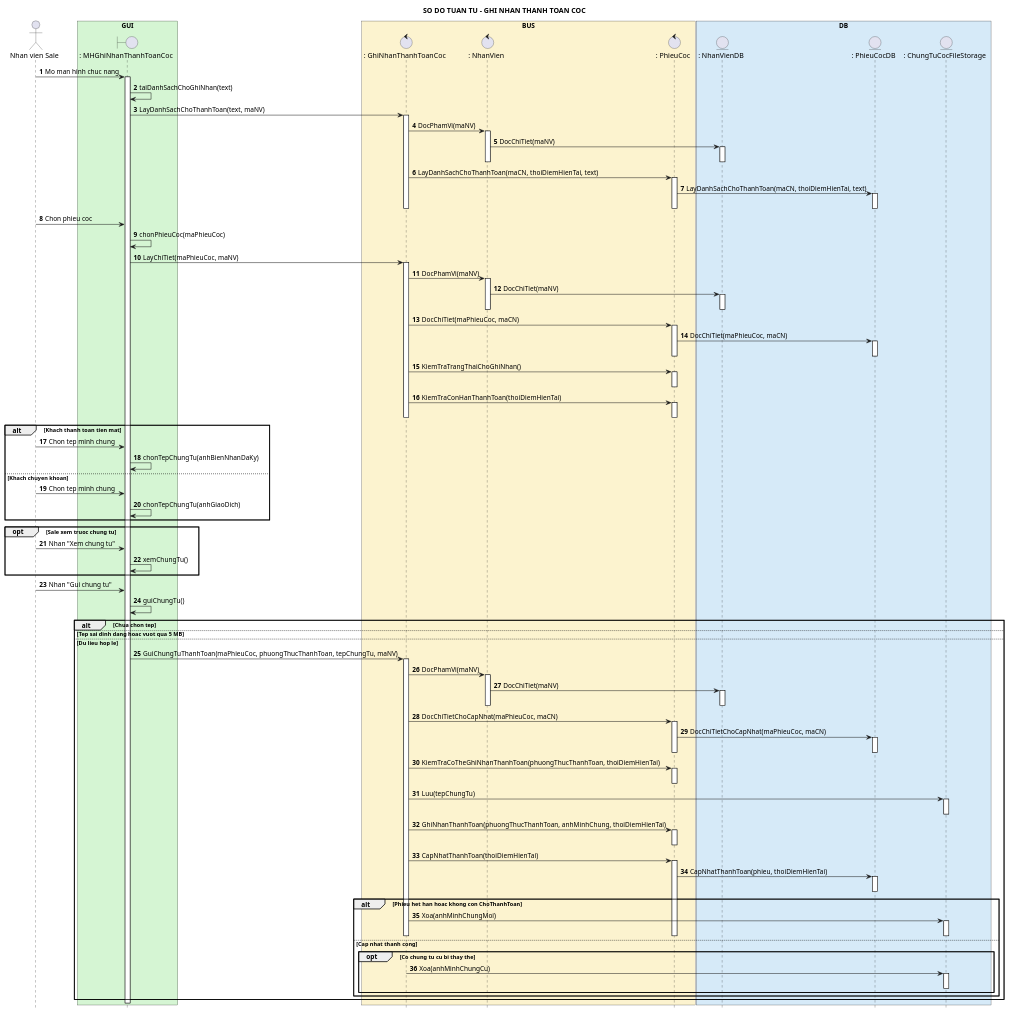
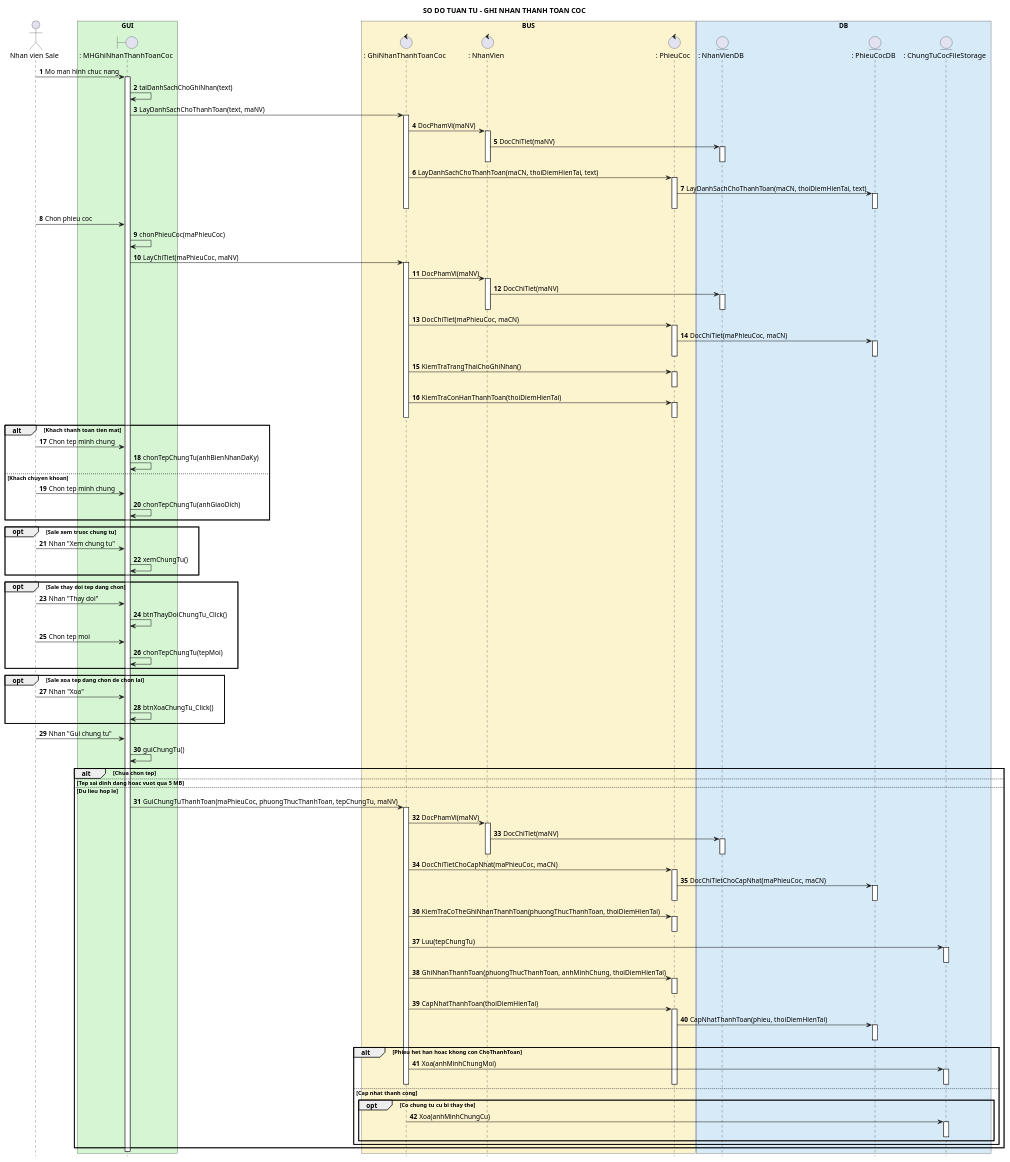
Before and after one commit to Ming1309/HomeStay-Dorm: the diagram in docs/uml/ghi-nhan-thanh-toan-coc-sequence.puml, drawn with PlantUML. The commit also changed 31 other files, not shown here.

Commit message:
docs(uml): add deposit control checks and validate sequence parameter arities

```diff
--- a/docs/uml/ghi-nhan-thanh-toan-coc-sequence.puml
+++ b/docs/uml/ghi-nhan-thanh-toan-coc-sequence.puml
@@ -1,131 +1,143 @@
 @startuml
 title SO DO TUAN TU - GHI NHAN THANH TOAN COC
 
 hide footbox
 autonumber 1 1
 skinparam shadowing false
 
 actor "Nhan vien Sale" as Sale
 
 box "GUI" #D5F5D3
 boundary ": MHGhiNhanThanhToanCoc" as MH
 end box
 
 box "BUS" #FCF3CF
 control ": GhiNhanThanhToanCoc" as GNTT
 control ": NhanVien" as NV
 control ": PhieuCoc" as PC
 end box
 
 box "DB" #D6EAF8
 entity ": NhanVienDB" as NVDB
 entity ": PhieuCocDB" as PCDB
 entity ": ChungTuCocFileStorage" as Storage
 end box
 
 Sale -> MH : Mo man hinh chuc nang
 activate MH
 MH -> MH : taiDanhSachChoGhiNhan(text)
 MH -> GNTT : LayDanhSachChoThanhToan(text, maNV)
 activate GNTT
 GNTT -> NV : DocPhamVi(maNV)
 activate NV
 NV -> NVDB : DocChiTiet(maNV)
 activate NVDB
 deactivate NVDB
 deactivate NV
 GNTT -> PC : LayDanhSachChoThanhToan(maCN, thoiDiemHienTai, text)
 activate PC
 PC -> PCDB : LayDanhSachChoThanhToan(maCN, thoiDiemHienTai, text)
 activate PCDB
 
 deactivate PCDB
 deactivate PC
 deactivate GNTT
 Sale -> MH : Chon phieu coc
 MH -> MH : chonPhieuCoc(maPhieuCoc)
 MH -> GNTT : LayChiTiet(maPhieuCoc, maNV)
 activate GNTT
 GNTT -> NV : DocPhamVi(maNV)
 activate NV
 NV -> NVDB : DocChiTiet(maNV)
 activate NVDB
 deactivate NVDB
 deactivate NV
 GNTT -> PC : DocChiTiet(maPhieuCoc, maCN)
 activate PC
 PC -> PCDB : DocChiTiet(maPhieuCoc, maCN)
 activate PCDB
 deactivate PCDB
 deactivate PC
 GNTT -> PC : KiemTraTrangThaiChoGhiNhan()
 activate PC
 deactivate PC
 GNTT -> PC : KiemTraConHanThanhToan(thoiDiemHienTai)
 activate PC
 
 alt Khach thanh toan tien mat
 deactivate PC
 deactivate GNTT
   Sale -> MH : Chon tep minh chung
   MH -> MH : chonTepChungTu(anhBienNhanDaKy)
 else Khach chuyen khoan
   Sale -> MH : Chon tep minh chung
   MH -> MH : chonTepChungTu(anhGiaoDich)
 end
 
 opt Sale xem truoc chung tu
   Sale -> MH : Nhan "Xem chung tu"
   MH -> MH : xemChungTu()
 end
 
+opt Sale thay doi tep dang chon
+  Sale -> MH : Nhan "Thay doi"
+  MH -> MH : btnThayDoiChungTu_Click()
+  Sale -> MH : Chon tep moi
+  MH -> MH : chonTepChungTu(tepMoi)
+end
+
+opt Sale xoa tep dang chon de chon lai
+  Sale -> MH : Nhan "Xoa"
+  MH -> MH : btnXoaChungTu_Click()
+end
+
 Sale -> MH : Nhan "Gui chung tu"
 MH -> MH : guiChungTu()
 alt Chua chon tep
 else Tep sai dinh dang hoac vuot qua 5 MB
 else Du lieu hop le
   MH -> GNTT : GuiChungTuThanhToan(maPhieuCoc, phuongThucThanhToan, tepChungTu, maNV)
   activate GNTT
   GNTT -> NV : DocPhamVi(maNV)
   activate NV
   NV -> NVDB : DocChiTiet(maNV)
   activate NVDB
   deactivate NVDB
   deactivate NV
   GNTT -> PC : DocChiTietChoCapNhat(maPhieuCoc, maCN)
   activate PC
   PC -> PCDB : DocChiTietChoCapNhat(maPhieuCoc, maCN)
   activate PCDB
 deactivate PCDB
 deactivate PC
   GNTT -> PC : KiemTraCoTheGhiNhanThanhToan(phuongThucThanhToan, thoiDiemHienTai)
   activate PC
 deactivate PC
   GNTT -> Storage : Luu(tepChungTu)
   activate Storage
   deactivate Storage
   GNTT -> PC : GhiNhanThanhToan(phuongThucThanhToan, anhMinhChung, thoiDiemHienTai)
   activate PC
 deactivate PC
   GNTT -> PC : CapNhatThanhToan(thoiDiemHienTai)
   activate PC
   PC -> PCDB : CapNhatThanhToan(phieu, thoiDiemHienTai)
   activate PCDB
   alt Phieu het han hoac khong con ChoThanhToan
 deactivate PCDB
     GNTT -> Storage : Xoa(anhMinhChungMoi)
     activate Storage
     deactivate Storage
 deactivate PC
 deactivate GNTT
   else Cap nhat thanh cong
     opt Co chung tu cu bi thay the
       GNTT -> Storage : Xoa(anhMinhChungCu)
       activate Storage
       deactivate Storage
     end
   end
 end
 
 deactivate MH
 @enduml
```
